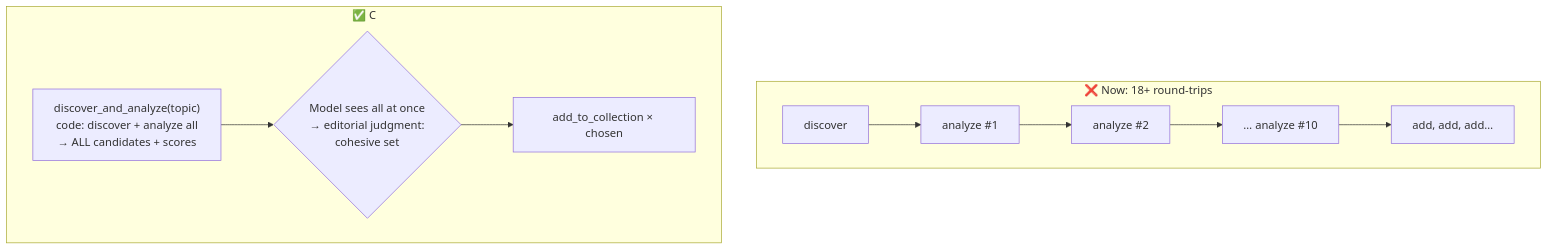
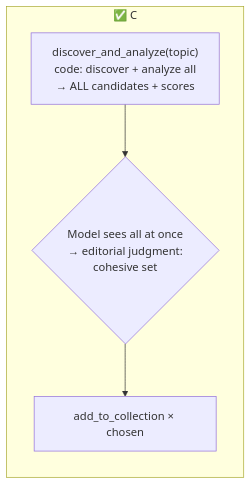
The second of 2 diagrams in questions/Q29-compose-mechanical-keep-judgment/question.md (minmus/cca-f), drawn with Mermaid before and after one commit. The commit also changed other lines of this file, not shown here.

Commit message:
Q29: stack the two diagrams vertically

````diff
--- a/questions/Q29-compose-mechanical-keep-judgment/question.md
+++ b/questions/Q29-compose-mechanical-keep-judgment/question.md
@@ -24,12 +31,7 @@
 ```mermaid
-flowchart TB
-    subgraph NOW["❌ Now: 18+ round-trips"]
-      direction LR
-      D1["discover"] --> A1["analyze #1"] --> A2["analyze #2"] --> AN["… analyze #10"] --> ADD["add, add, add…"]
-    end
+flowchart LR
     subgraph FIX["✅ C"]
-      direction LR
       DA["discover_and_analyze(topic)<br/>code: discover + analyze all<br/>→ ALL candidates + scores"] --> M{"Model sees all at once<br/>→ editorial judgment:<br/>cohesive set"}
       M --> AC["add_to_collection × chosen"]
     end
 ```
````
